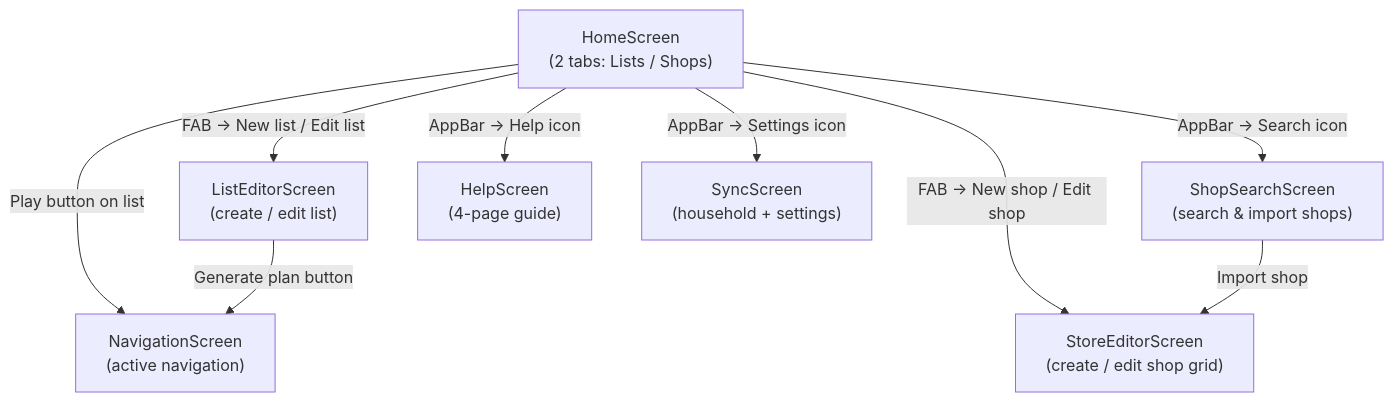
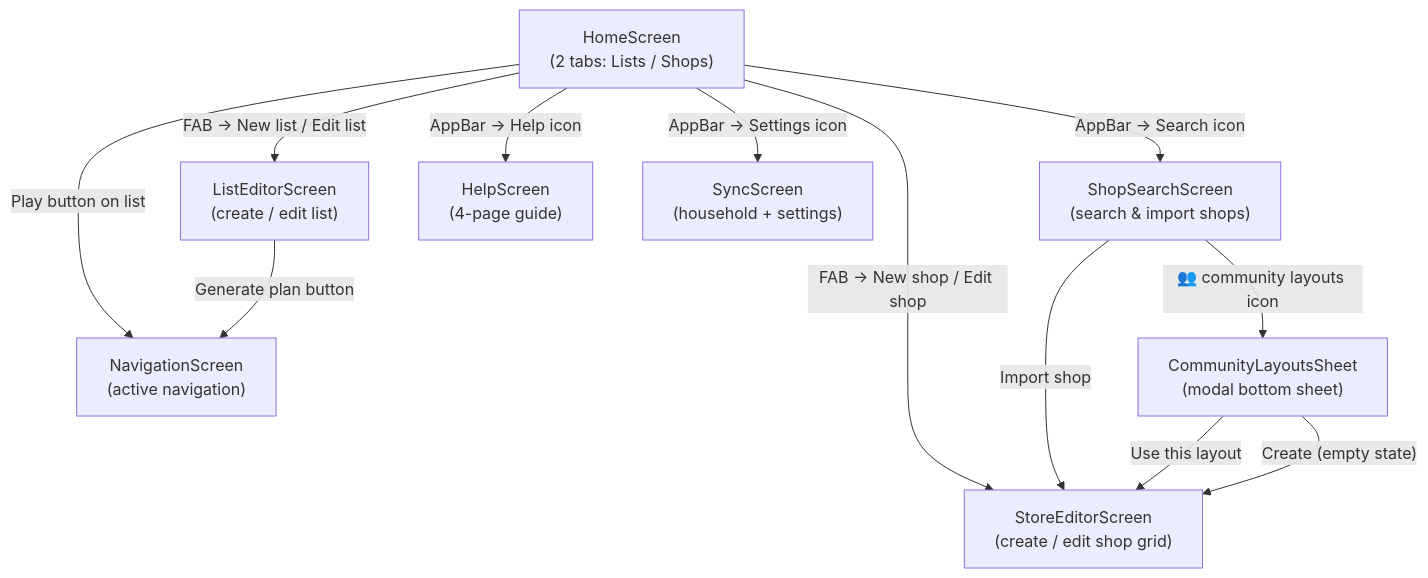
Before and after one commit to danile42/fairelescourses: the first of 2 diagrams in docs/architecture/screens-navigation.md, drawn with Mermaid. The commit also changed other lines of this file and 5 other files, not shown here.

First line of the commit message:
Update docs to cover community layouts feature

````diff
--- a/docs/architecture/screens-navigation.md
+++ b/docs/architecture/screens-navigation.md
@@ -7,19 +7,22 @@
 ```mermaid
 flowchart TD
     Home["HomeScreen\n(2 tabs: Lists / Shops)"]
     ListEditor["ListEditorScreen\n(create / edit list)"]
     StoreEditor["StoreEditorScreen\n(create / edit shop grid)"]
     Nav["NavigationScreen\n(active navigation)"]
     Search["ShopSearchScreen\n(search & import shops)"]
     Help["HelpScreen\n(4-page guide)"]
     Sync["SyncScreen\n(household + settings)"]
 
     Home -->|"FAB → New list / Edit list"| ListEditor
     Home -->|"FAB → New shop / Edit shop"| StoreEditor
     Home -->|"Play button on list"| Nav
     Home -->|"AppBar → Search icon"| Search
     Home -->|"AppBar → Help icon"| Help
     Home -->|"AppBar → Settings icon"| Sync
     ListEditor -->|"Generate plan button"| Nav
     Search -->|"Import shop"| StoreEditor
+    Search -->|"👥 community layouts icon"| CommunitySheet["CommunityLayoutsSheet\n(modal bottom sheet)"]
+    CommunitySheet -->|"Use this layout"| StoreEditor
+    CommunitySheet -->|"Create (empty state)"| StoreEditor
 ```
````
